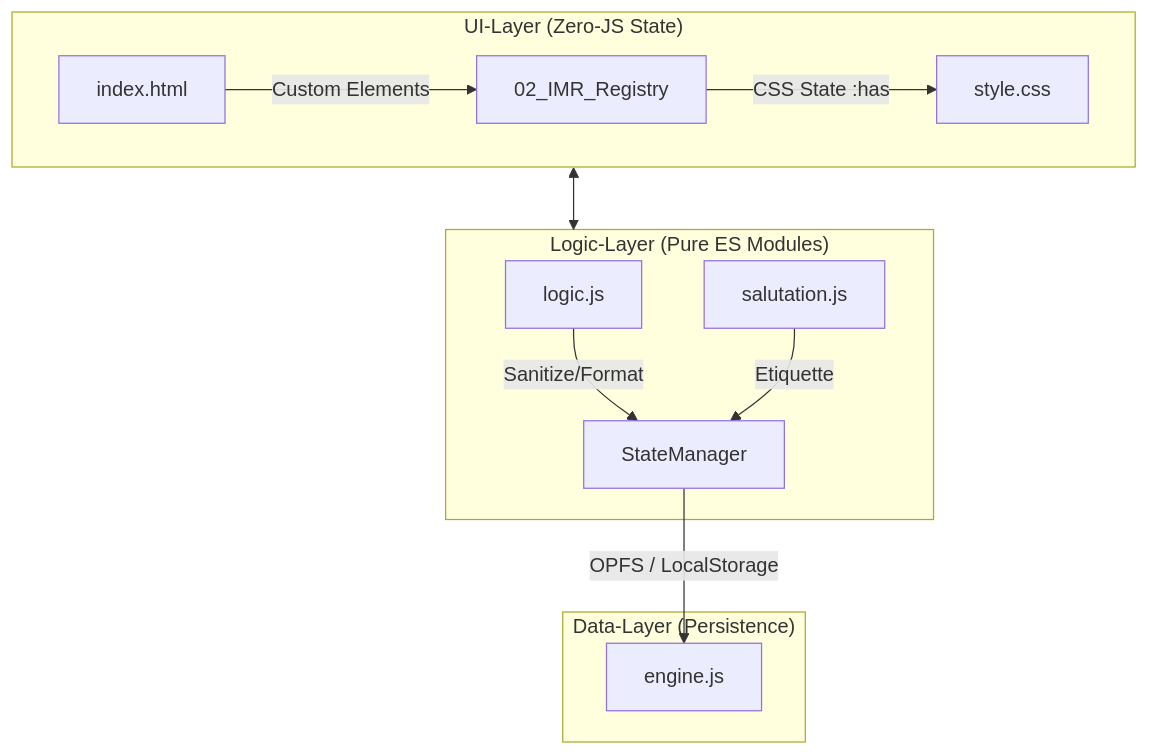
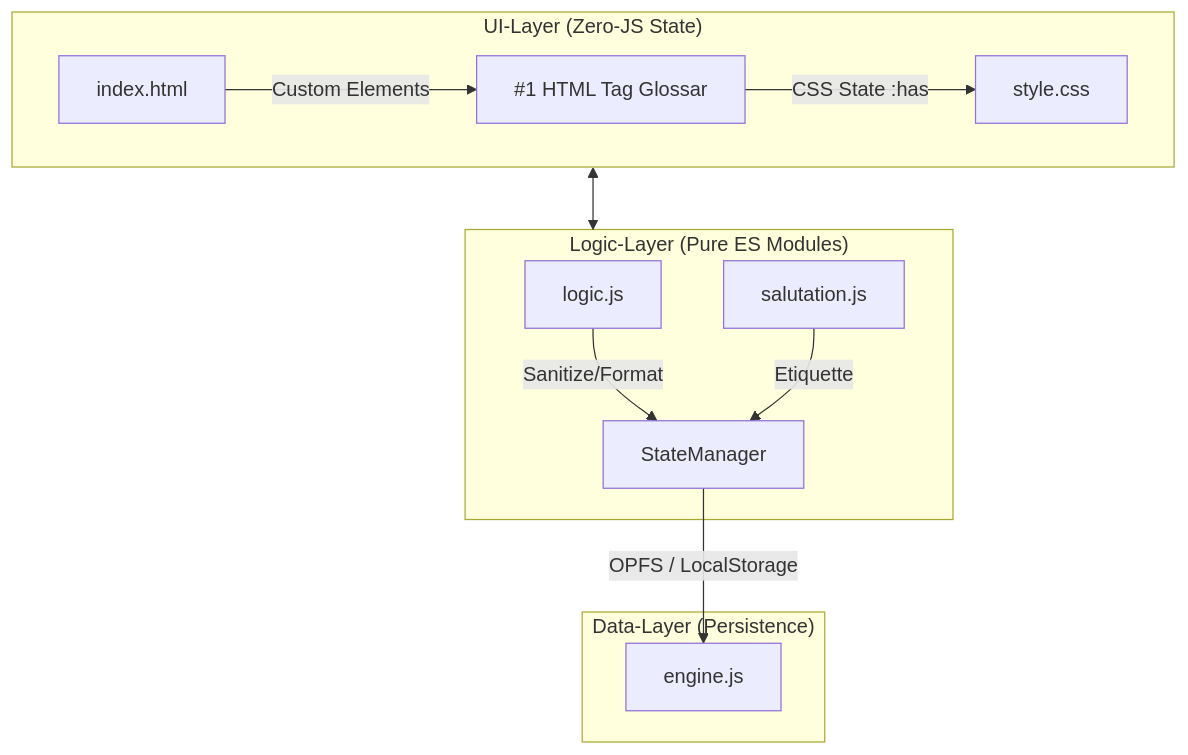
Before and after one commit to grapefruit89/DIN-BriefNEO: the diagram in README.md, drawn with Mermaid. The commit also changed other lines of this file and 8 other files, not shown here.

````diff
--- a/README.md
+++ b/README.md
@@ -29,18 +29,18 @@
 ```mermaid
 graph TD
     subgraph UI_Layer ["UI-Layer (Zero-JS State)"]
-        A[index.html] -- "Custom Elements" --> B[02_IMR_Registry]
+        A[index.html] -- "Custom Elements" --> B[#1 HTML Tag Glossar]
         B -- "CSS State :has" --> C[style.css]
     end
     
     subgraph Logic_Layer ["Logic-Layer (Pure ES Modules)"]
         D[logic.js] -- "Sanitize/Format" --> E[StateManager]
         F[salutation.js] -- "Etiquette" --> E
     end
     
     subgraph Data_Layer ["Data-Layer (Persistence)"]
         E -- "OPFS / LocalStorage" --> G[engine.js]
     end
     
     UI_Layer <--> Logic_Layer
 ```
````
